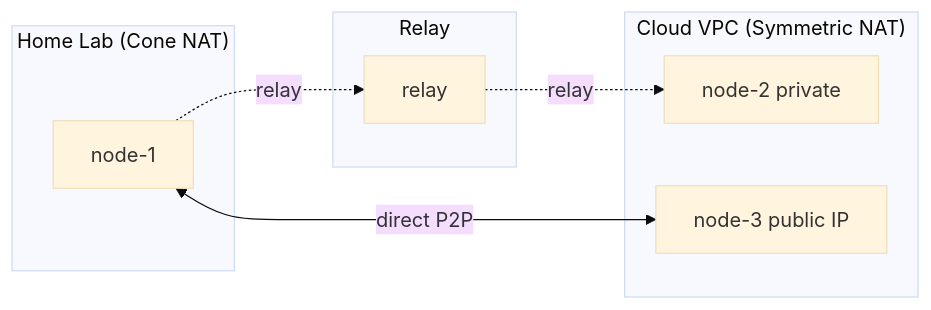
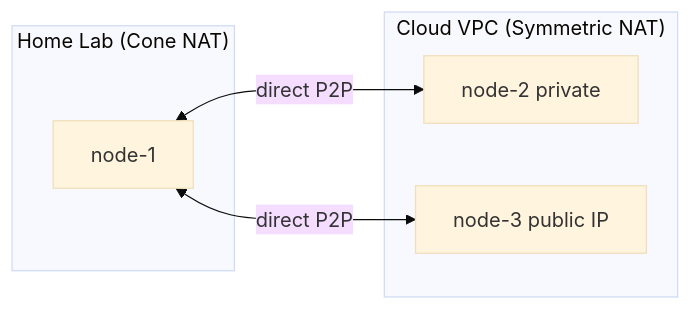
The fourth of 6 diagrams in docs/operations/topologies.md (inerplat/wirekube), drawn with Mermaid (base theme) before and after one commit. The commit also changed other lines of this file and 9 other files, not shown here.

````diff
--- a/docs/operations/topologies.md
+++ b/docs/operations/topologies.md
@@ -88,16 +89,12 @@
 ```mermaid
 flowchart LR
     subgraph Home["Home Lab (Cone NAT)"]
         N1[node-1]
     end
     subgraph Cloud["Cloud VPC (Symmetric NAT)"]
         N2[node-2 private]
         N3[node-3 public IP]
     end
-    subgraph Relay
-        R[relay]
-    end
-    N1 -.->|relay| R
-    R -.->|relay| N2
+    N1 <-->|direct P2P| N2
     N1 <-->|direct P2P| N3
 ```
````
